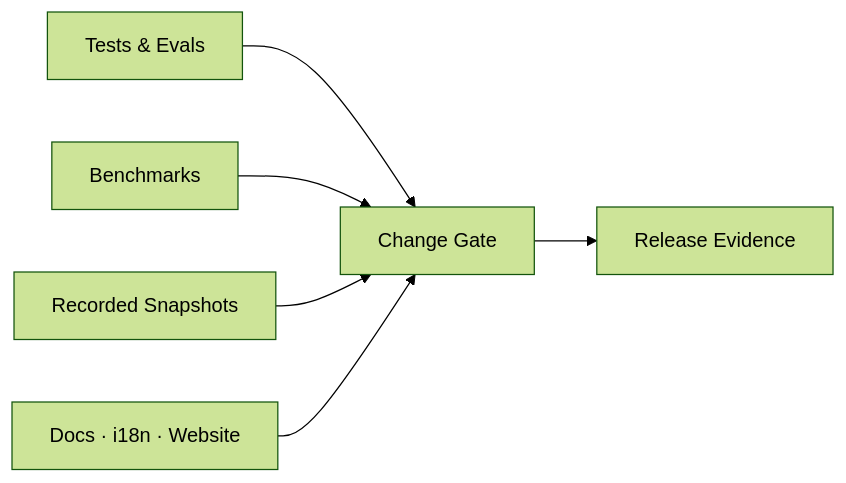
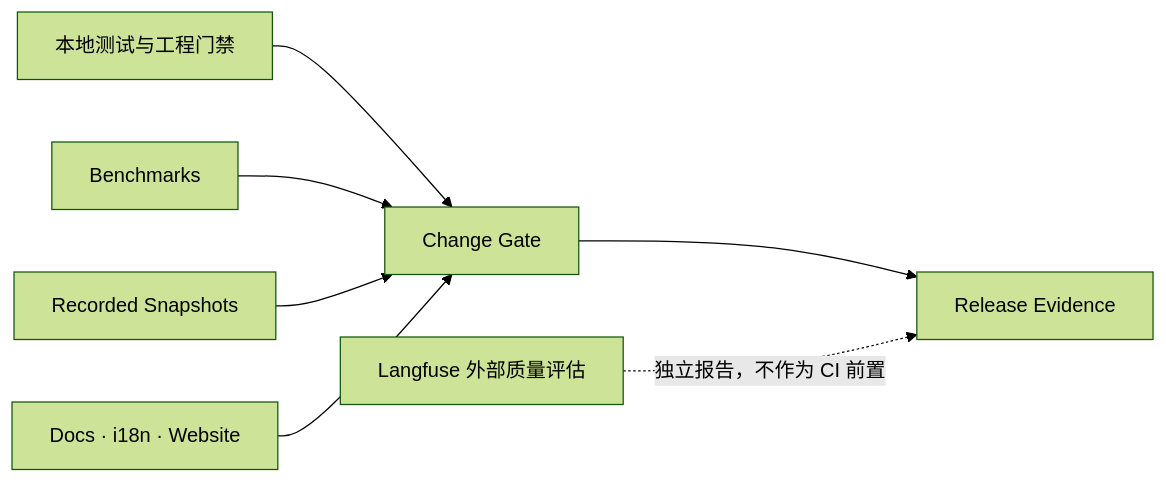
Before and after one commit to Cainheart/tracegraph-agent: the first of 2 diagrams in docs/outlive-agent-v2/07-quality-benchmarks-snapshots-i18n/README.md, drawn with Mermaid (forest theme). The commit also changed other lines of this file and 46 other files, not shown here.

````diff
--- a/docs/outlive-agent-v2/07-quality-benchmarks-snapshots-i18n/README.md
+++ b/docs/outlive-agent-v2/07-quality-benchmarks-snapshots-i18n/README.md
@@ -15,8 +15,9 @@
 ```mermaid
 flowchart LR
-  T[Tests & Evals] --> G[Change Gate]
+  T[本地测试与工程门禁] --> G[Change Gate]
   B[Benchmarks] --> G
   S[Recorded Snapshots] --> G
   D[Docs · i18n · Website] --> G
   G --> E[Release Evidence]
+  L[Langfuse 外部质量评估] -.独立报告，不作为 CI 前置.-> E
 ```
````
